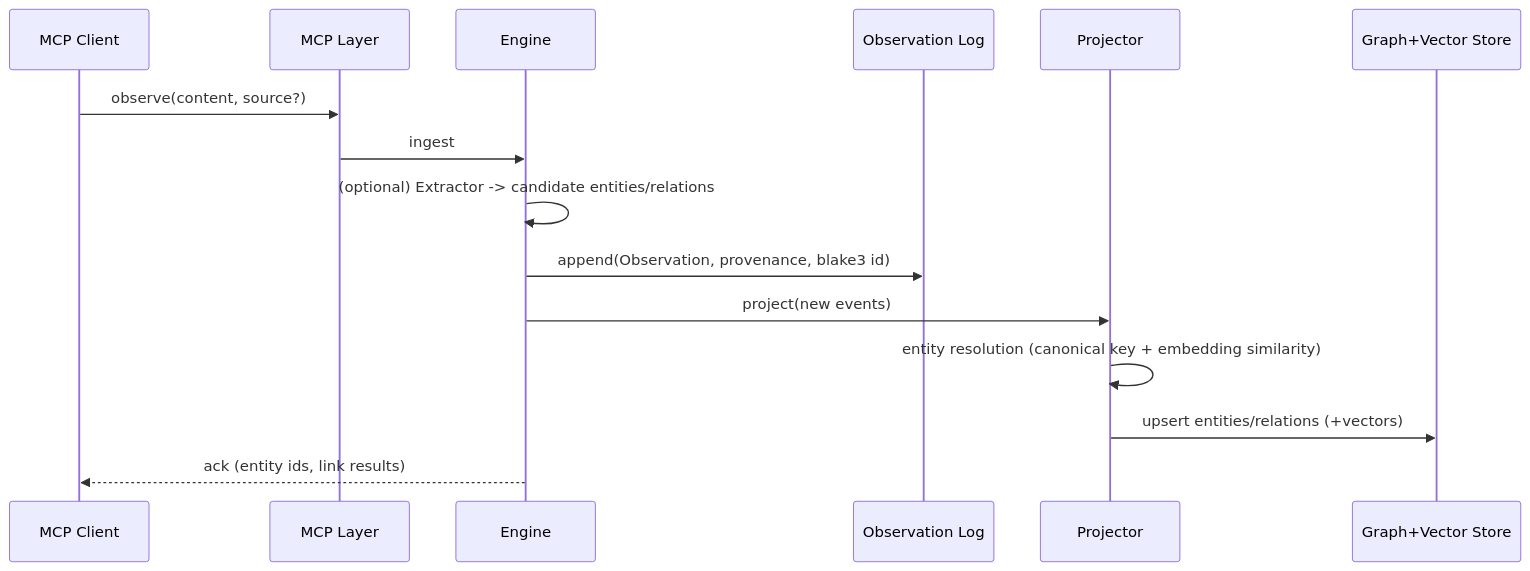
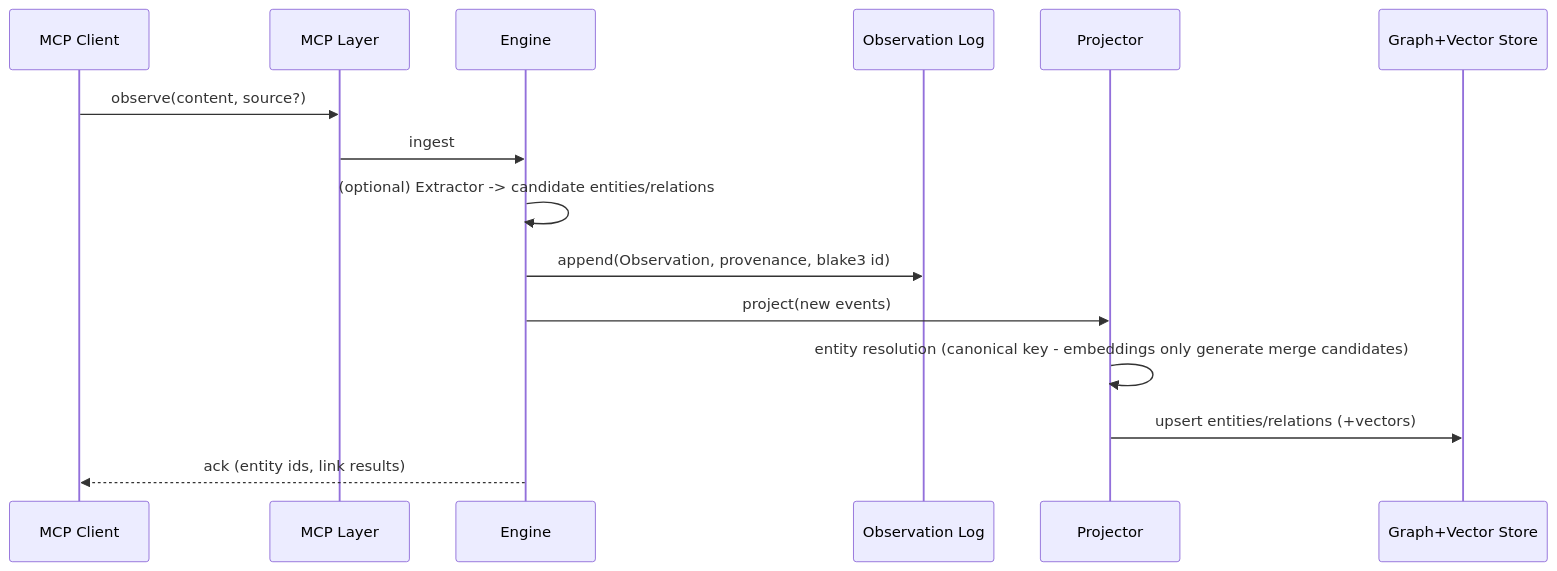
Before and after one commit to Ashon/supragnosis: the second of 3 diagrams in docs/architecture.md, drawn with Mermaid. The commit also changed other lines of this file and 6 other files, not shown here.

````diff
--- a/docs/architecture.md
+++ b/docs/architecture.md
@@ -142,17 +140,17 @@
 ```mermaid
 sequenceDiagram
     participant Cl as MCP Client
     participant Mcp as MCP Layer
     participant Eng as Engine
     participant Log as Observation Log
     participant Prj as Projector
     participant G as Graph+Vector Store
     Cl->>Mcp: observe(content, source?)
     Mcp->>Eng: ingest
     Eng->>Eng: (optional) Extractor -> candidate entities/relations
     Eng->>Log: append(Observation, provenance, blake3 id)
     Eng->>Prj: project(new events)
-    Prj->>Prj: entity resolution (canonical key + embedding similarity)
+    Prj->>Prj: entity resolution (canonical key - embeddings only generate merge candidates)
     Prj->>G: upsert entities/relations (+vectors)
     Eng-->>Cl: ack (entity ids, link results)
 ```
````
